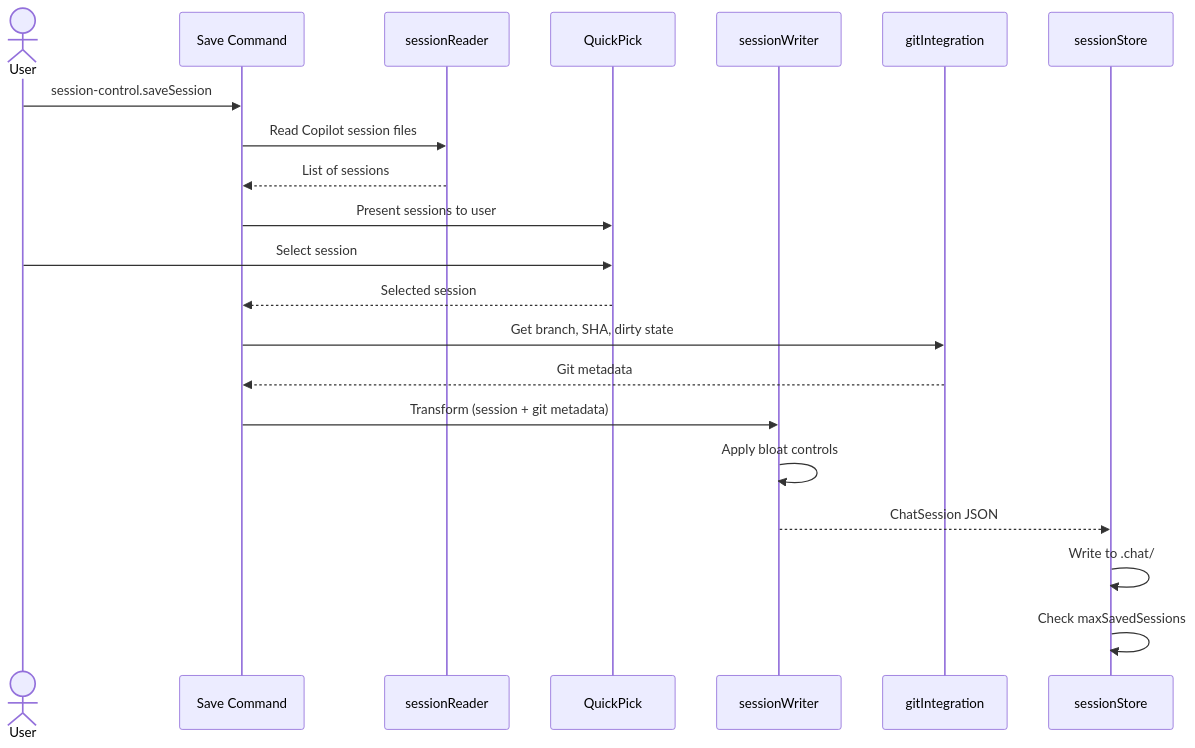
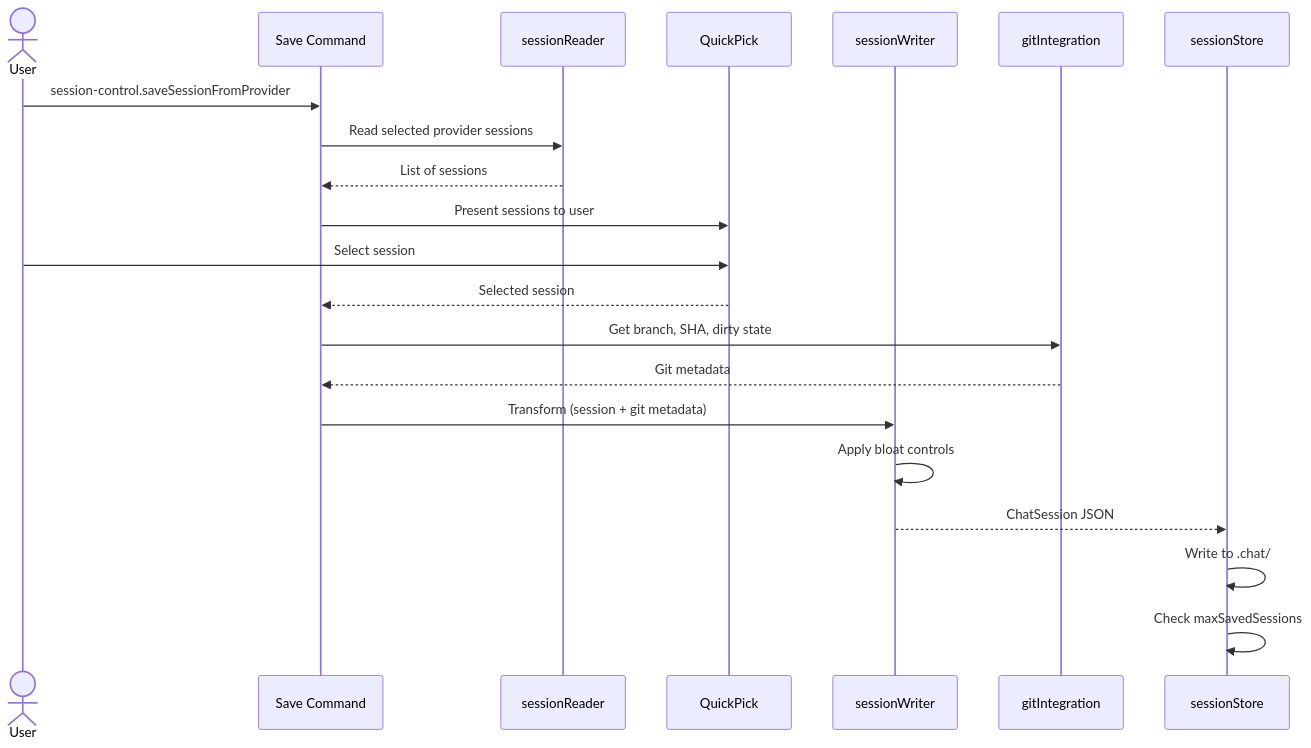
One commit to Tempuskg/session-control changed the diagram in wiki/save-system.md. Above: the diagram before and after it, drawn with Mermaid. The commit also changed other lines of this file and 94 other files, not shown here.

First line of the commit message:
Add unit tests for auto-save workspace manager, CLI session readers, and extension functionality

````diff
--- a/wiki/save-system.md
+++ b/wiki/save-system.md
@@ -64,24 +69,24 @@
 ```mermaid
 sequenceDiagram
     actor User
     participant Cmd as Save Command
     participant Reader as sessionReader
     participant QP as QuickPick
     participant Writer as sessionWriter
     participant Git as gitIntegration
     participant Store as sessionStore
 
-    User->>Cmd: session-control.saveSession
-    Cmd->>Reader: Read Copilot session files
+    User->>Cmd: session-control.saveSessionFromProvider
+    Cmd->>Reader: Read selected provider sessions
     Reader-->>Cmd: List of sessions
     Cmd->>QP: Present sessions to user
     User->>QP: Select session
     QP-->>Cmd: Selected session
     Cmd->>Git: Get branch, SHA, dirty state
     Git-->>Cmd: Git metadata
     Cmd->>Writer: Transform (session + git metadata)
     Writer->>Writer: Apply bloat controls
     Writer-->>Store: ChatSession JSON
     Store->>Store: Write to .chat/
     Store->>Store: Check maxSavedSessions
 ```
````
